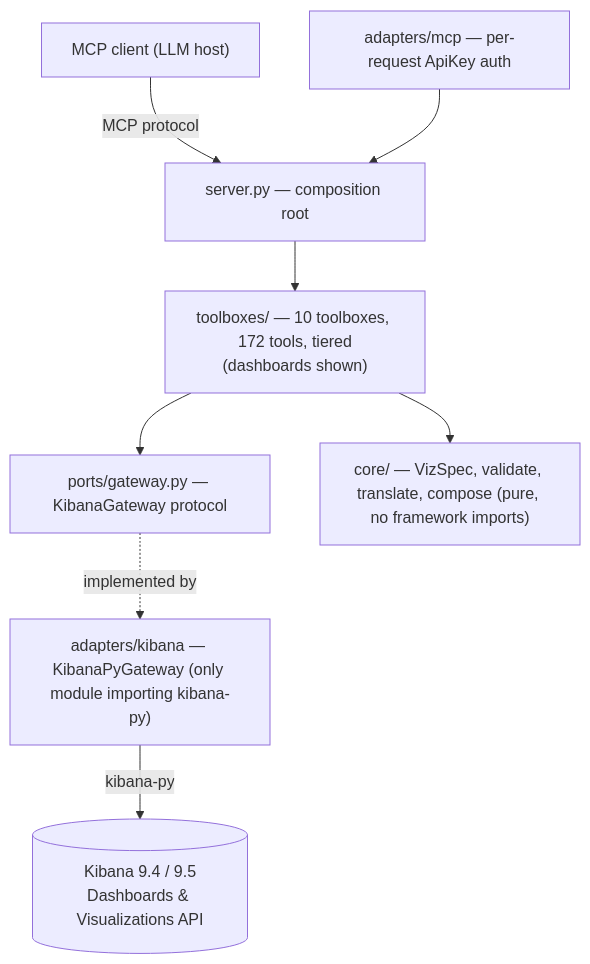
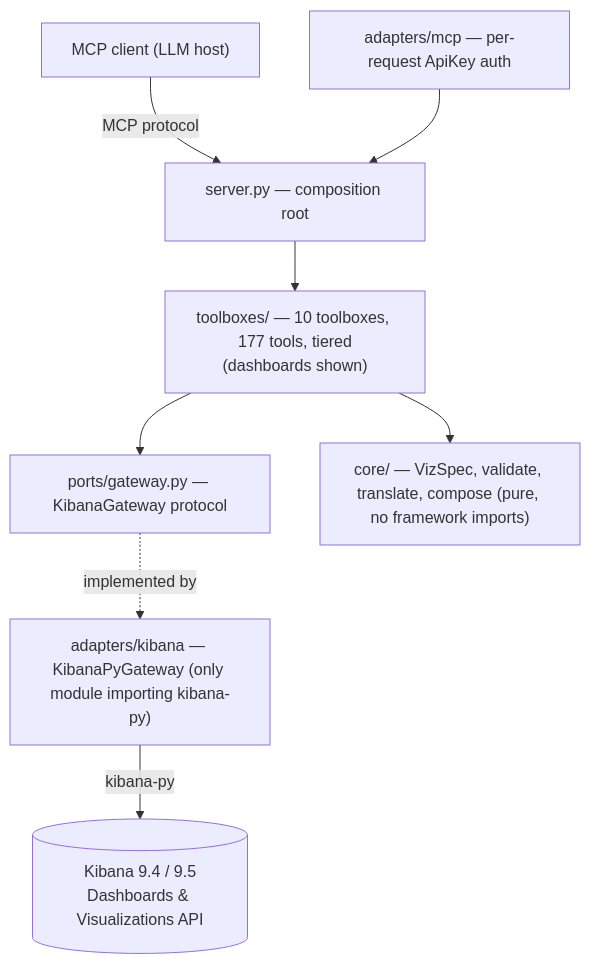
Before and after one commit to pedro-angel/mcp-for-kibana: the second of 4 diagrams in docs/architecture.md, drawn with Mermaid. The commit also changed other lines of this file and 29 other files, not shown here.

````diff
--- a/docs/architecture.md
+++ b/docs/architecture.md
@@ -47,10 +47,10 @@
 ```mermaid
 flowchart TD
     Client["MCP client (LLM host)"] -->|MCP protocol| Server
     AuthAdapter["adapters/mcp — per-request ApiKey auth"] --> Server
-    Server["server.py — composition root"] --> Toolboxes["toolboxes/ — 10 toolboxes, 172 tools, tiered<br/>(dashboards shown)"]
+    Server["server.py — composition root"] --> Toolboxes["toolboxes/ — 10 toolboxes, 177 tools, tiered<br/>(dashboards shown)"]
     Toolboxes --> Ports["ports/gateway.py — KibanaGateway protocol"]
     Toolboxes --> Core["core/ — VizSpec, validate, translate, compose (pure, no framework imports)"]
     Ports -. implemented by .-> KibanaAdapter["adapters/kibana — KibanaPyGateway (only module importing kibana-py)"]
     KibanaAdapter -->|kibana-py| Kibana[("Kibana 9.4 / 9.5\nDashboards & Visualizations API")]
 ```
````
